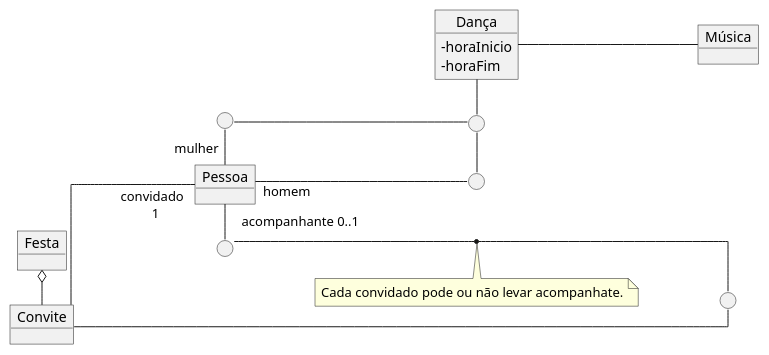
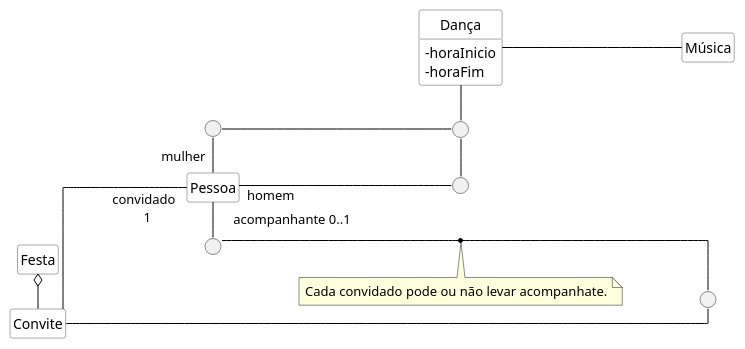
The diagram in imagens/modelos-05/mod05ima05/mod05ima05.plantuml (kyriosdata/oo), drawn with PlantUML before and after one commit. The commit also changed 11 other files, not shown here.

```diff
--- a/imagens/modelos-05/mod05ima05/mod05ima05.plantuml
+++ b/imagens/modelos-05/mod05ima05/mod05ima05.plantuml
@@ -1,31 +1,40 @@
 @startuml mod05ima05
+hide circle
+hide methods
+hide empty members
+
+skinparam class {
+    BackgroundColor White
+    ArrowColor Black
+    BorderColor #505050
+}
 allow_mixing
 skinparam classAttributeIconSize 0
-object "Dança" as da
+class "Dança" as da
 da : - horaInicio
 da : - horaFim
-object "Música" as mu
-object "Festa" as fe
-object "Convite" as co
-Object "Pessoa" as pe
+class "Música" as mu
+class "Festa" as fe
+class "Convite" as co
+class "Pessoa" as pe
 circle " " as p1
 circle " " as p2
 circle " " as p3
 circle " " as p4
 circle " " as p5
 note "Cada convidado pode ou não levar acompanhate." as ca
 skinparam linetype ortho
 left to right direction
 pe "mulher"-left- p1
 p1 -down- p2
 p2 -right- p3
 p3 -up-"homem" pe
 da -- mu
 da -right- p2
 co ---"convidado \n 1" pe 
 pe "acompanhante 0..1" -right- p4
 p4 -up- p5
 (p4,p5) .. ca
 p5 -left- co
 co -left-o fe
 @enduml
```
